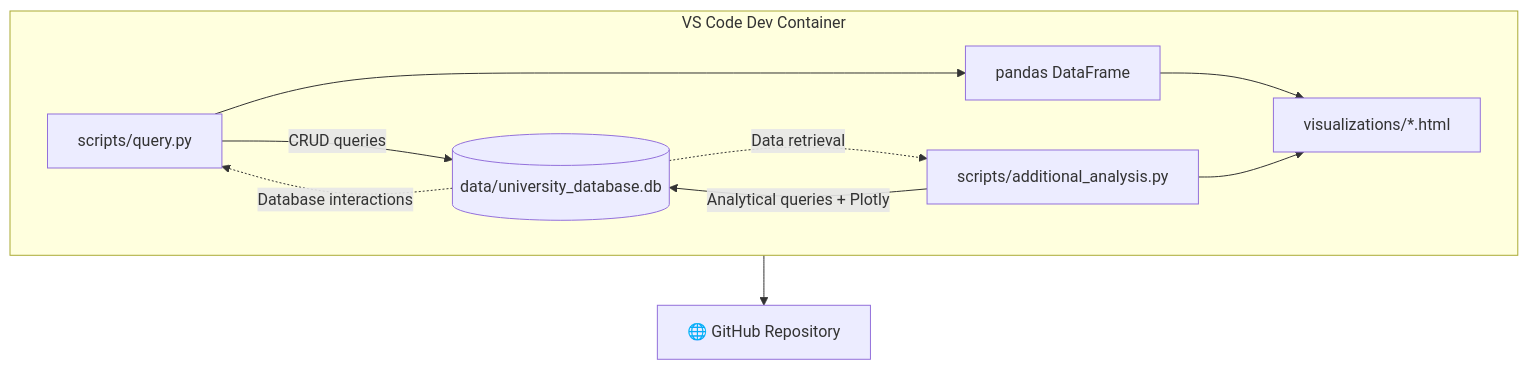
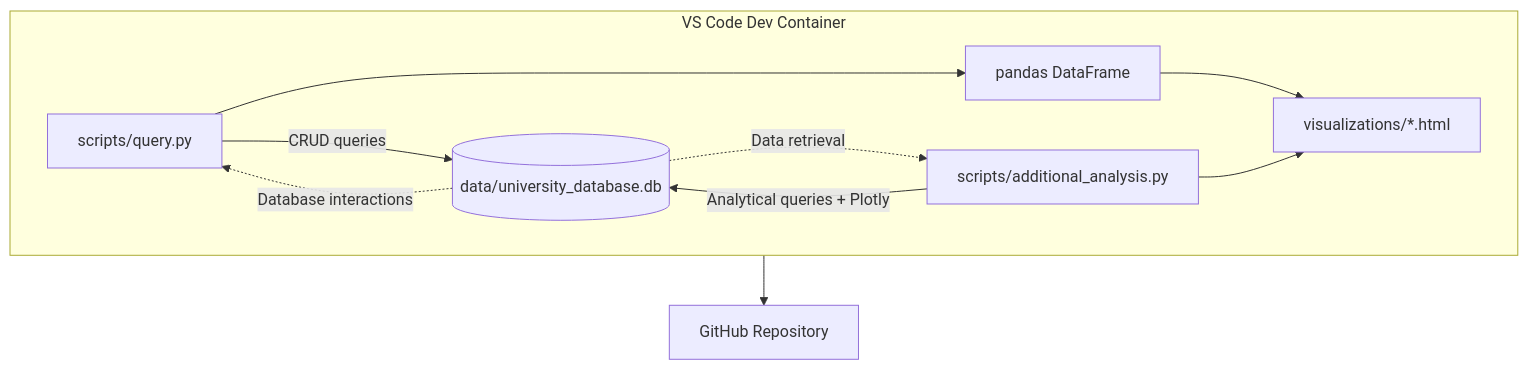
Before and after one commit to surpiya19/university-rankings: the diagram in README.md, drawn with Mermaid. The commit also changed other lines of this file and 5 other files, not shown here.

````diff
--- a/README.md
+++ b/README.md
@@ -79,15 +77,15 @@
 ```mermaid
 flowchart TD
 
     subgraph DevContainer["VS Code Dev Container"]
         A[scripts/query.py] -->|CRUD queries| B[(data/university_database.db)]
         A --> C[pandas DataFrame]
         C --> D[visualizations/*.html]
         E[scripts/additional_analysis.py] -->|Analytical queries + Plotly| B
         E --> D
     end
 
     B -.->|Database interactions| A
     B -.->|Data retrieval| E
-    DevContainer --> F[🌐 GitHub Repository]
+    DevContainer --> F[GitHub Repository]
 ```
````
